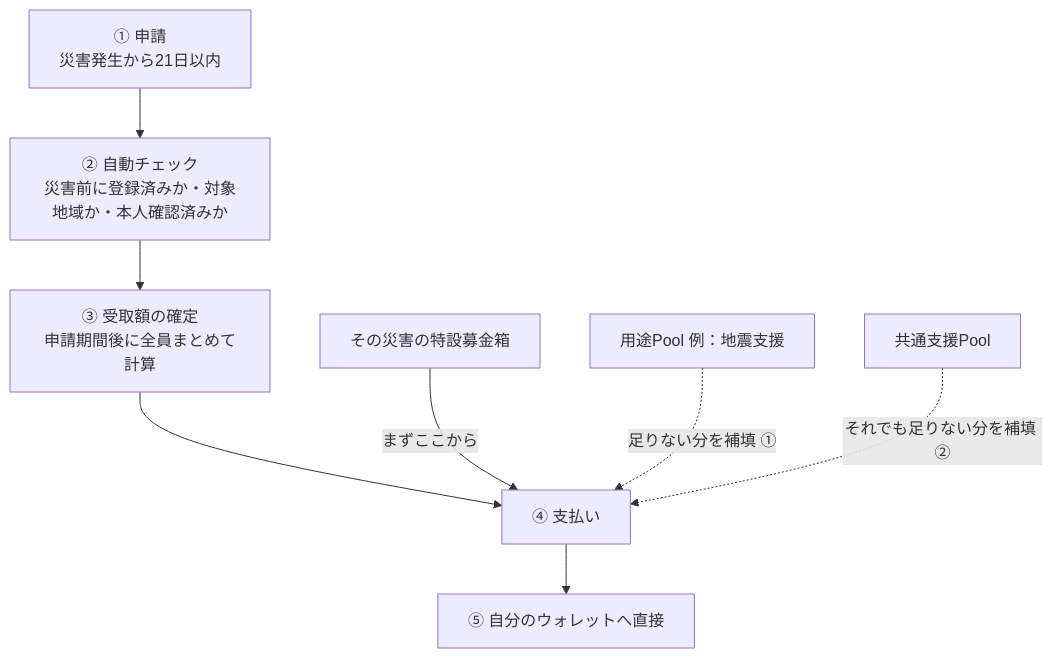
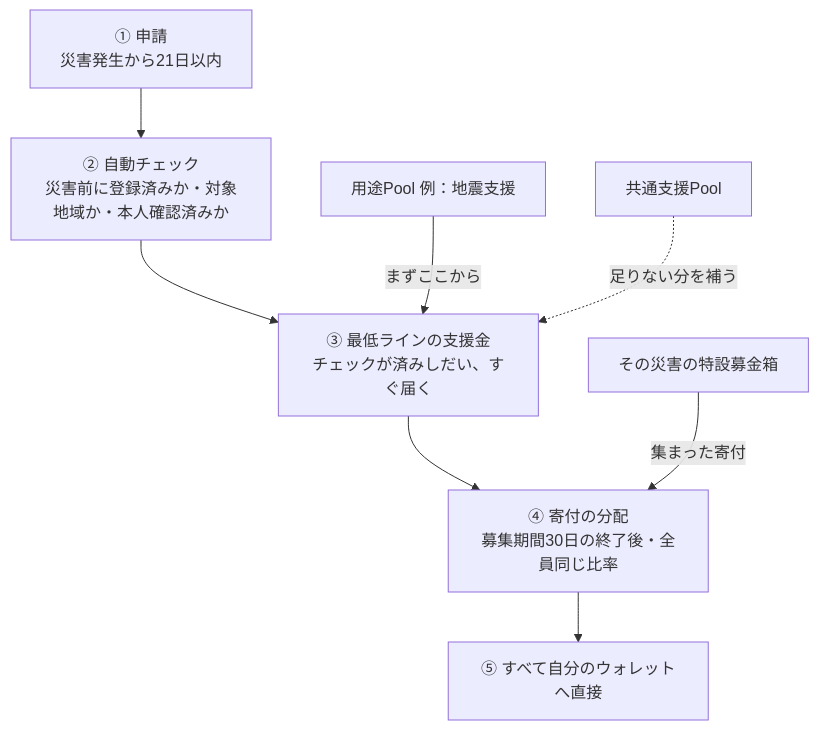
One commit to UnagiLabs/Sonari changed the third of 4 diagrams in docs/donation_flow.md. Above: the diagram before and after it, drawn with Mermaid. The commit also changed other lines of this file and 2 other files, not shown here.

````diff
--- a/docs/donation_flow.md
+++ b/docs/donation_flow.md
@@ -53,10 +77,10 @@
 ```mermaid
 flowchart TD
     A[① 申請<br>災害発生から21日以内] --> B[② 自動チェック<br>災害前に登録済みか・対象地域か・本人確認済みか]
-    B --> C[③ 受取額の確定<br>申請期間後に全員まとめて計算]
-    C --> D[④ 支払い]
-    P1[その災害の特設募金箱] -->|まずここから| D
-    P2[用途Pool 例：地震支援] -.->|足りない分を補填 ①| D
-    P3[共通支援Pool] -.->|それでも足りない分を補填 ②| D
-    D --> E[⑤ 自分のウォレットへ直接]
+    B --> C[③ 最低ラインの支援金<br>チェックが済みしだい、すぐ届く]
+    P2[用途Pool 例：地震支援] -->|まずここから| C
+    P3[共通支援Pool] -.->|足りない分を補う| C
+    C --> D[④ 寄付の分配<br>募集期間30日の終了後・全員同じ比率]
+    P1[その災害の特設募金箱] -->|集まった寄付| D
+    D --> E[⑤ すべて自分のウォレットへ直接]
 ```
````
